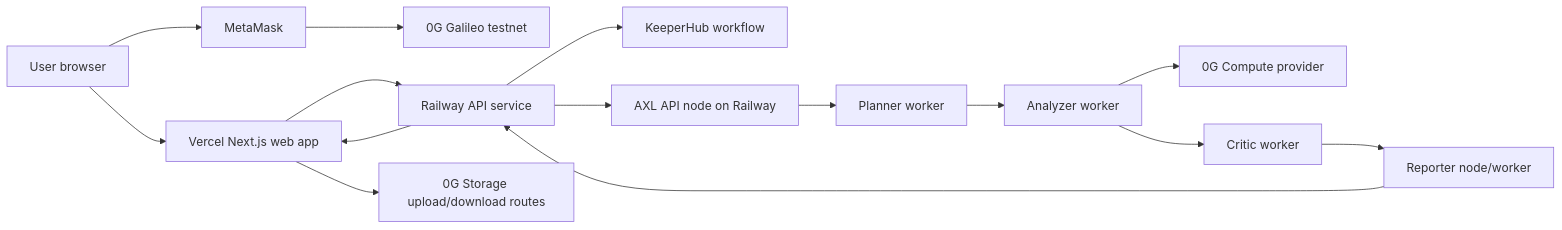
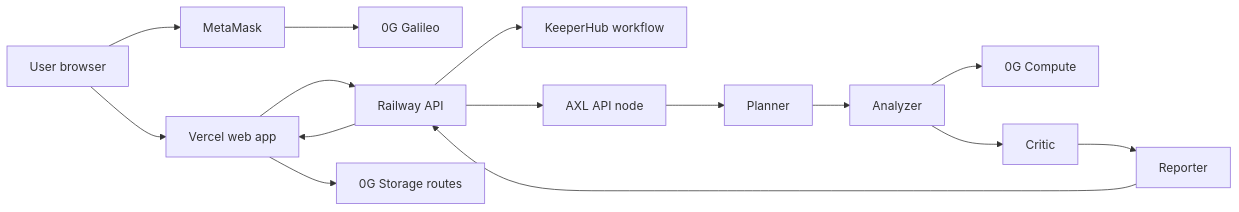
The second of 4 diagrams in README.md (KinSvarmo/kinsvarmo), drawn with Mermaid before and after one commit. The commit also changed other lines of this file, not shown here.

````diff
--- a/README.md
+++ b/README.md
@@ -64,17 +77,17 @@
 ```mermaid
 flowchart LR
-  User[User browser] --> Web[Vercel Next.js web app]
-  User --> Wallet[MetaMask]
-  Wallet --> ZGChain[0G Galileo testnet]
-  Web --> API[Railway API service]
-  Web --> ZGStorage[0G Storage upload/download routes]
+  Browser[User browser] --> Web[Vercel web app]
+  Browser --> Wallet[MetaMask]
+  Wallet --> ZGChain[0G Galileo]
+  Web --> API[Railway API]
+  Web --> ZGStorage[0G Storage routes]
   API --> KeeperHub[KeeperHub workflow]
-  API --> AXLApi[AXL API node on Railway]
-  AXLApi --> Planner[Planner worker]
-  Planner --> Analyzer[Analyzer worker]
-  Analyzer --> ZGCompute[0G Compute provider]
-  Analyzer --> Critic[Critic worker]
-  Critic --> Reporter[Reporter node/worker]
+  API --> AXLApi[AXL API node]
+  AXLApi --> Planner[Planner]
+  Planner --> Analyzer[Analyzer]
+  Analyzer --> ZGCompute[0G Compute]
+  Analyzer --> Critic[Critic]
+  Critic --> Reporter[Reporter]
   Reporter --> API
   API --> Web
 ```
````
